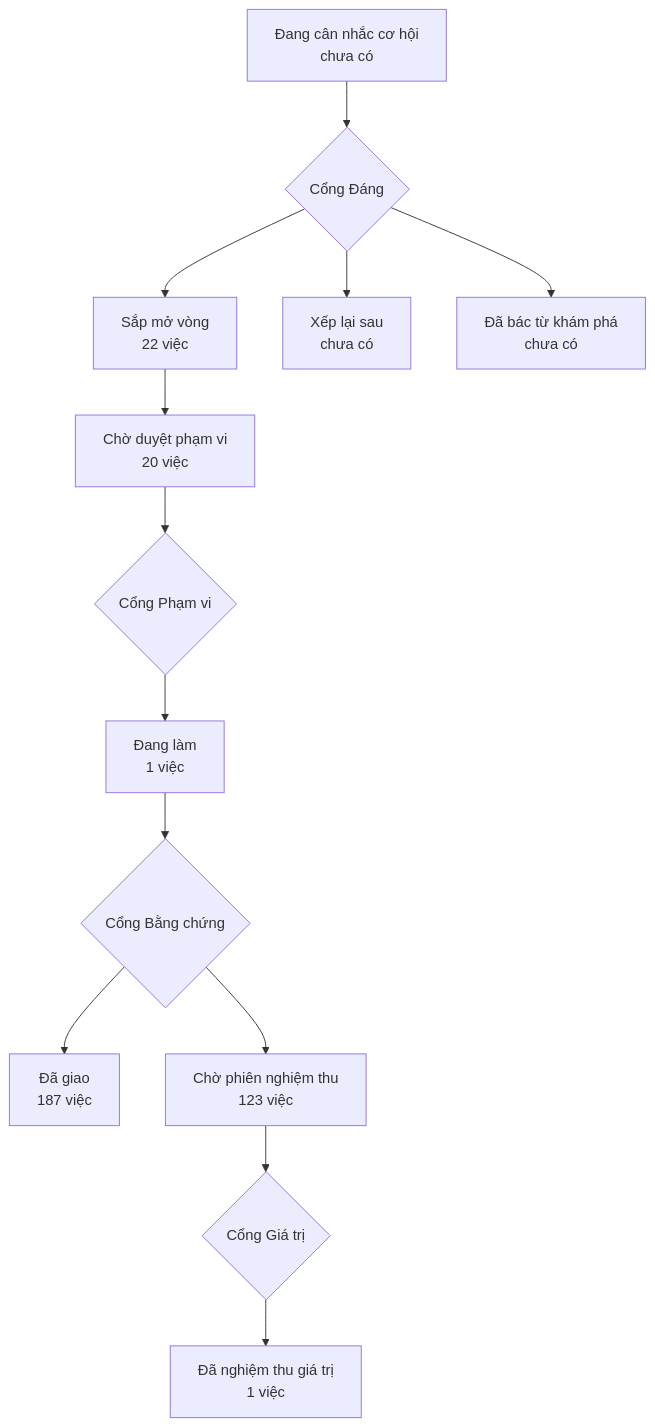
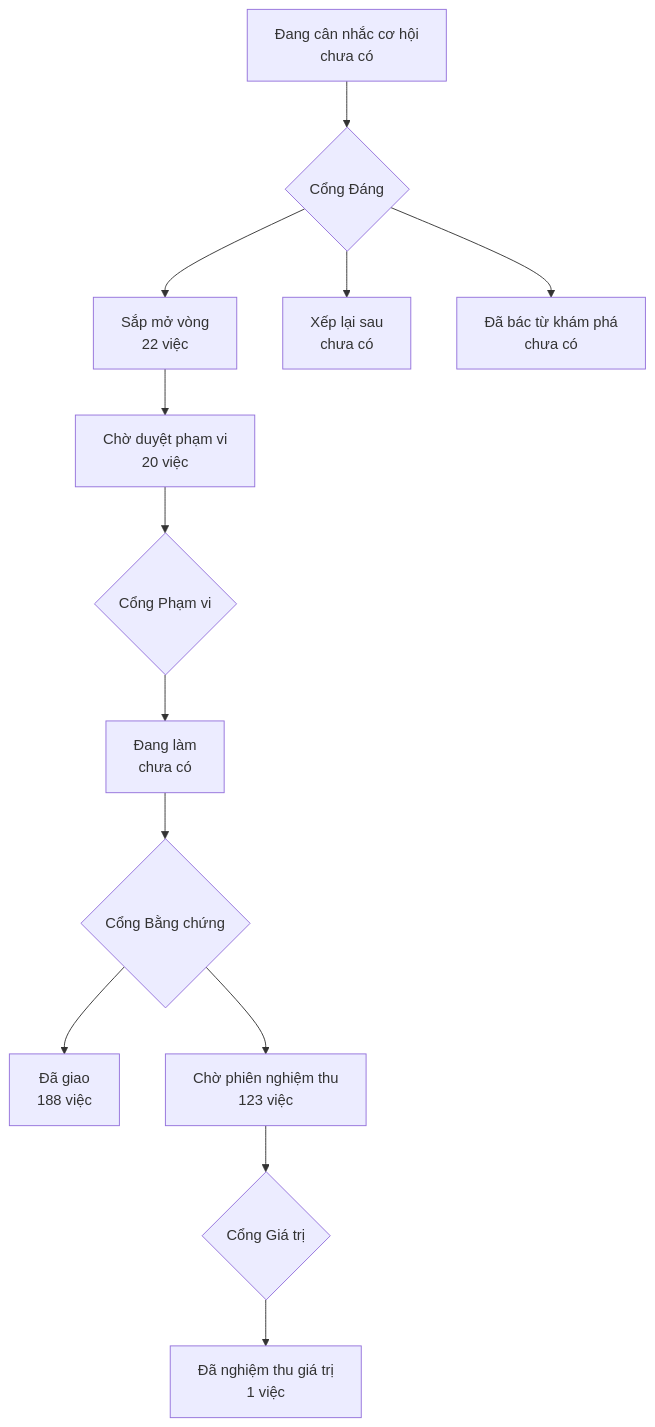
Before and after one commit to phanlemanh/onehub-invest: the diagram in PRODUCT-MAP.md, drawn with Mermaid. The commit also changed other lines of this file and 6 other files, not shown here.

````diff
--- a/PRODUCT-MAP.md
+++ b/PRODUCT-MAP.md
@@ -7,12 +7,12 @@
 ```mermaid
 flowchart TD
   A["Đang cân nhắc cơ hội<br/>chưa có"] --> GD{"Cổng Đáng"}
   GD --> B["Sắp mở vòng<br/>22 việc"]
   GD --> XL["Xếp lại sau<br/>chưa có"]
   GD --> DB["Đã bác từ khám phá<br/>chưa có"]
   B --> CD["Chờ duyệt phạm vi<br/>20 việc"] --> GP{"Cổng Phạm vi"}
-  GP --> DL["Đang làm<br/>1 việc"] --> GB{"Cổng Bằng chứng"}
-  GB --> DG["Đã giao<br/>187 việc"]
+  GP --> DL["Đang làm<br/>chưa có"] --> GB{"Cổng Bằng chứng"}
+  GB --> DG["Đã giao<br/>188 việc"]
   GB --> CN["Chờ phiên nghiệm thu<br/>123 việc"] --> GG{"Cổng Giá trị"}
   GG --> NT["Đã nghiệm thu giá trị<br/>1 việc"]
 ```
````
